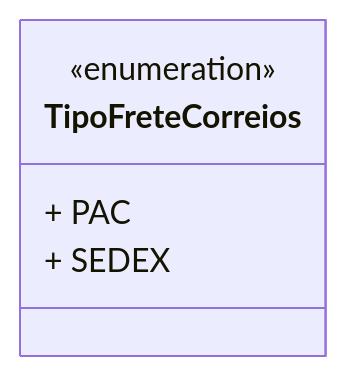
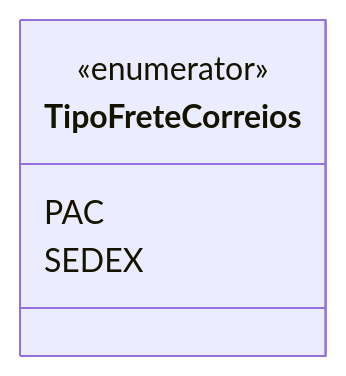
Before and after one commit to IsthmusSistemas/documentacao-tecnica: the diagram in docs/b2b-dominio/IsthmusWinthor.Nucleo/IsthmusWinthor.Dominio/Enumeradores/TipoFreteCorreios.md, drawn with Mermaid. The commit also changed other lines of this file and 882 other files, not shown here.

````diff
--- a/docs/b2b-dominio/IsthmusWinthor.Nucleo/IsthmusWinthor.Dominio/Enumeradores/TipoFreteCorreios.md
+++ b/docs/b2b-dominio/IsthmusWinthor.Nucleo/IsthmusWinthor.Dominio/Enumeradores/TipoFreteCorreios.md
@@ -12,8 +12,8 @@
 ```mermaid
 classDiagram
     class TipoFreteCorreios {
-        <<enumeration>>
-        + PAC
-        + SEDEX
+        <<enumerator>>
+        PAC
+        SEDEX
     }
 ```
````
